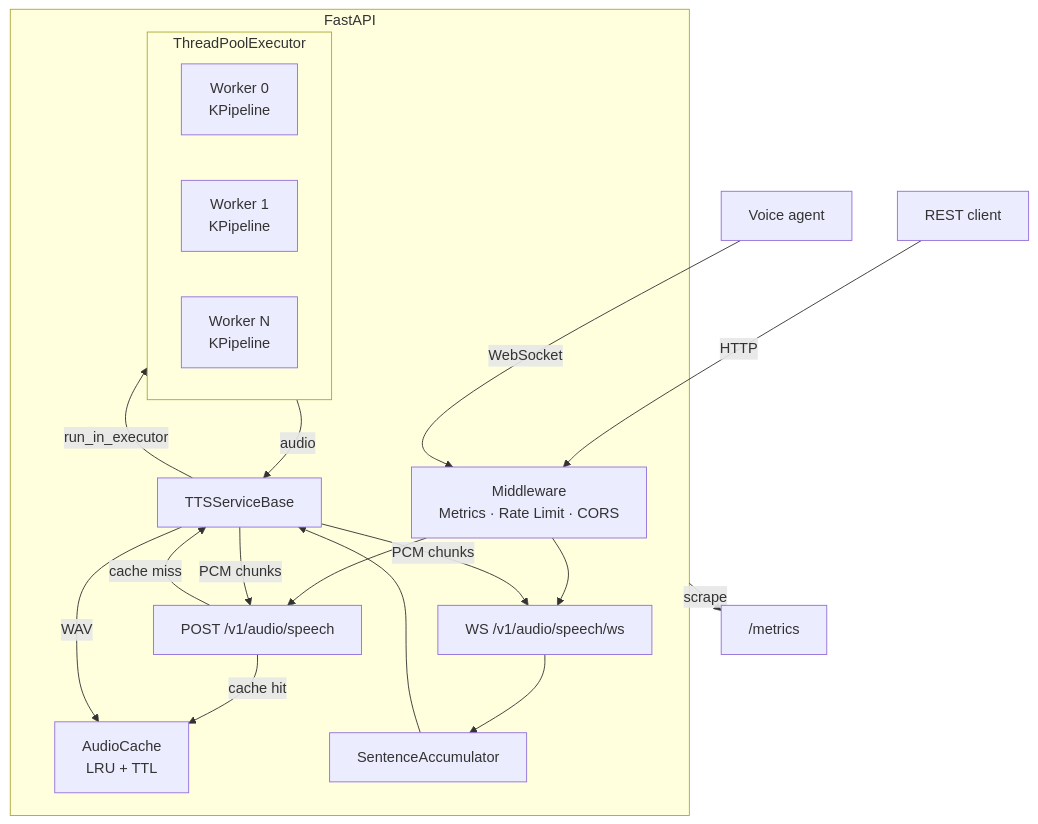
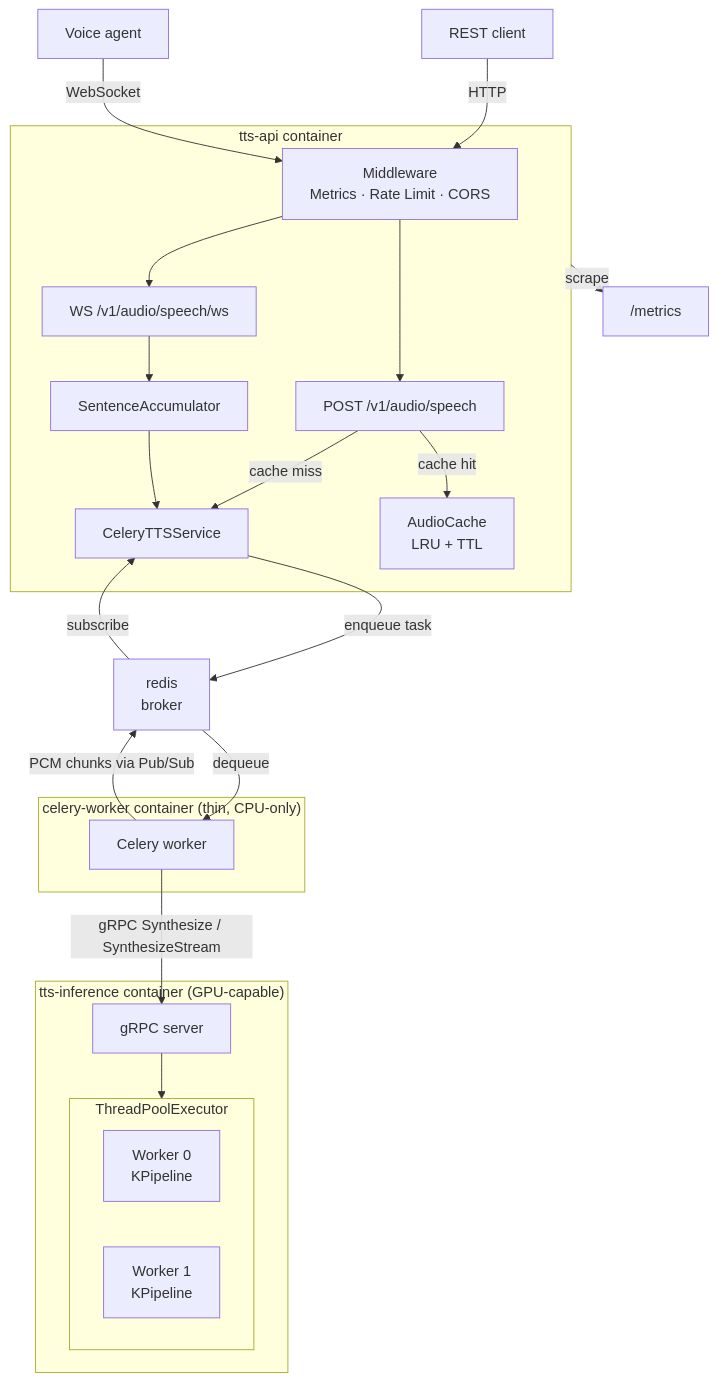
One commit to akirariku26-source/my-take-home changed the first of 2 diagrams in APPROACH.md. Above: the diagram before and after it, drawn with Mermaid. The commit also changed other lines of this file and 18 other files, not shown here.

````diff
--- a/APPROACH.md
+++ b/APPROACH.md
@@ -25,28 +25,38 @@
 ```mermaid
 flowchart TD
     REST["REST client"] -->|HTTP| MW
     AGENT["Voice agent"] -->|WebSocket| MW
 
-    subgraph FastAPI
+    subgraph tts-api["tts-api container"]
         MW["Middleware<br/>Metrics · Rate Limit · CORS"] --> SP["POST /v1/audio/speech"]
         MW --> WS["WS /v1/audio/speech/ws"]
 
         SP -->|cache miss| TTS
         SP -->|cache hit| CACHE["AudioCache<br/>LRU + TTL"]
         WS --> SA["SentenceAccumulator"] --> TTS
 
-        TTS["TTSServiceBase"] -->|run_in_executor| POOL
+        TTS["CeleryTTSService"]
+    end
+
+    TTS -->|enqueue task| REDIS["redis<br/>broker"]
+    REDIS -->|dequeue| CW
+
+    subgraph celery-worker["celery-worker container (thin, CPU-only)"]
+        CW["Celery worker"]
+    end
+
+    CW -->|gRPC Synthesize / SynthesizeStream| INF
+
+    subgraph tts-inference["tts-inference container (GPU-capable)"]
+        INF["gRPC server"] --> POOL
 
         subgraph POOL["ThreadPoolExecutor"]
             W0["Worker 0<br/>KPipeline"]
             W1["Worker 1<br/>KPipeline"]
-            WN["Worker N<br/>KPipeline"]
         end
     end
 
-    POOL -->|audio| TTS
-    TTS -->|WAV| CACHE
-    TTS -->|PCM chunks| SP
-    TTS -->|PCM chunks| WS
-    FastAPI -->|scrape| PROM["/metrics"]
+    CW -->|PCM chunks via Pub/Sub| REDIS
+    REDIS -->|subscribe| TTS
+    tts-api -->|scrape| PROM["/metrics"]
 ```
````
